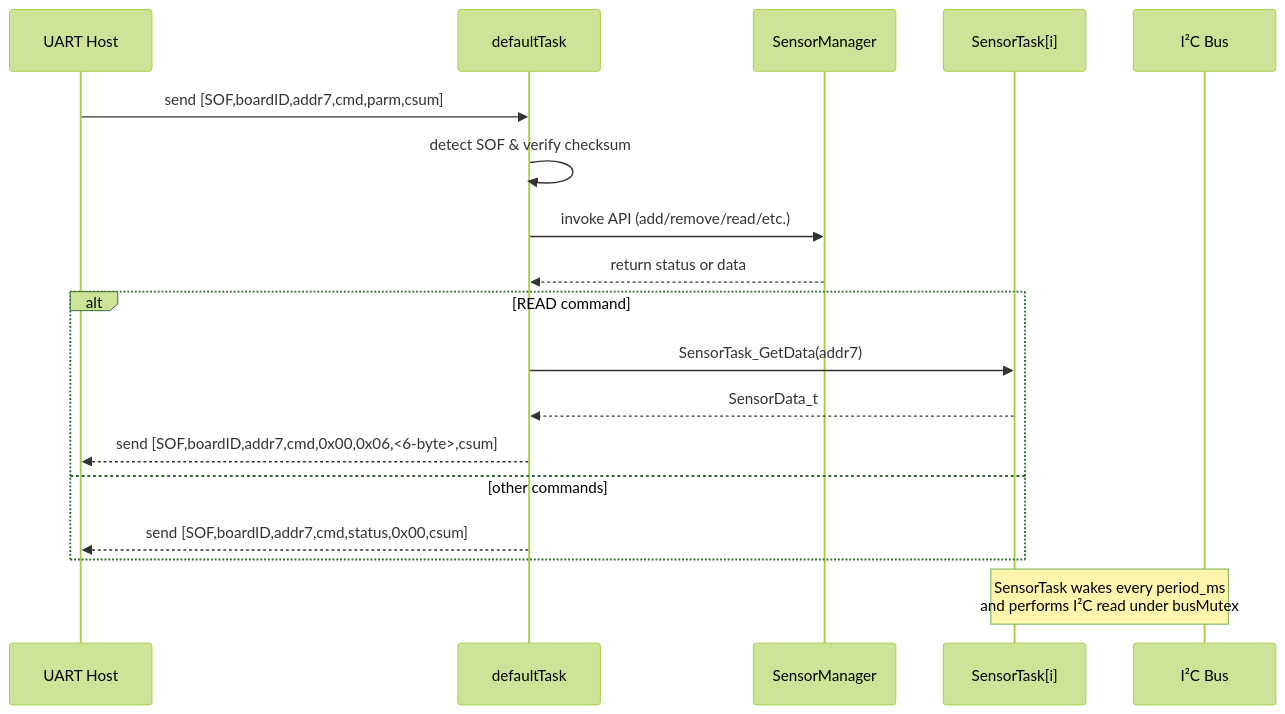
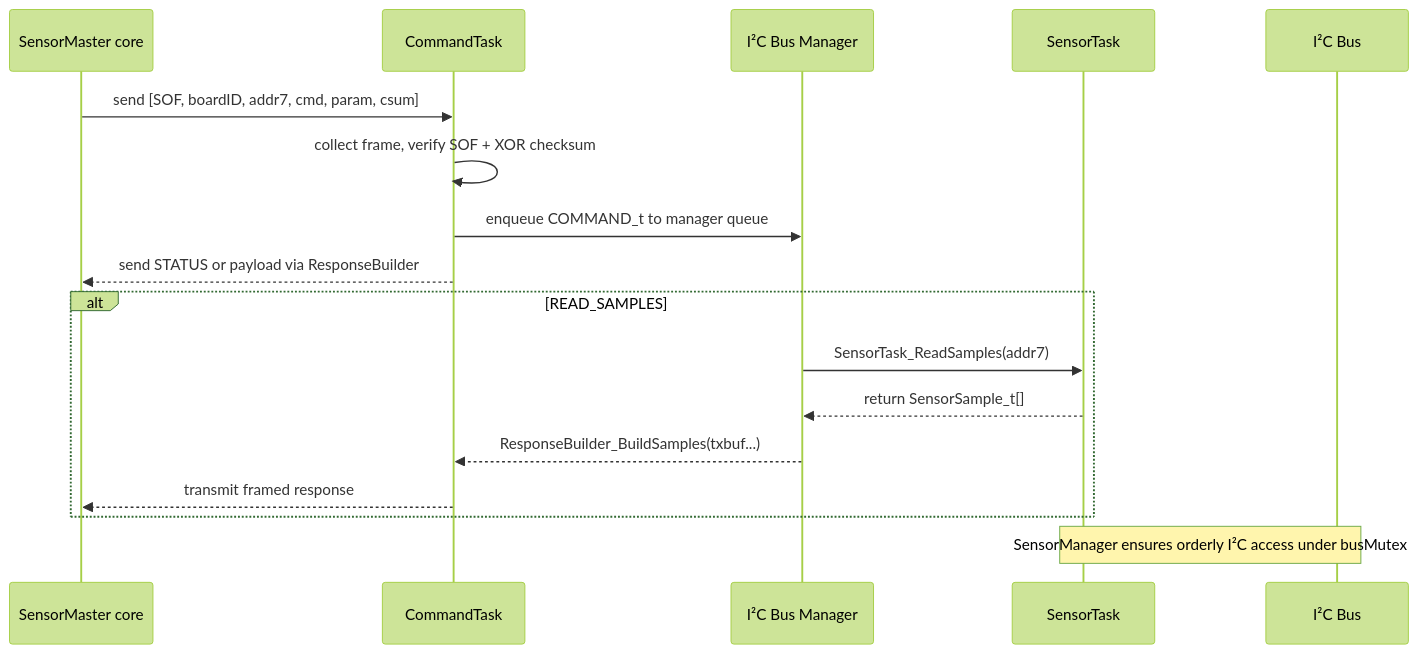
The second of 2 diagrams in docs/architecture.md (brahimab8/stm32-freertos-modbus-ina219), drawn with Mermaid (forest theme) before and after one commit. The commit also changed other lines of this file and 1 other file, not shown here.

Commit message:
docs: add protocol.md file and update architecture.md

````diff
--- a/docs/architecture.md
+++ b/docs/architecture.md
@@ -47,23 +56,22 @@
 ```mermaid
 sequenceDiagram
-    participant H as UART Host
-    participant DT as defaultTask
-    participant SM as SensorManager
-    participant ST as SensorTask[i]
+    participant Host as SensorMaster core
+    participant CT as CommandTask
+    participant SM as I²C Bus Manager
+    participant ST as SensorTask
     participant I2C as I²C Bus
 
-    H->>DT: send [SOF,boardID,addr7,cmd,parm,csum]
-    DT->>DT: detect SOF & verify checksum
-    DT->>SM: invoke API (add/remove/read/etc.)
-    SM-->>DT: return status or data
+    Host->>CT: send [SOF, boardID, addr7, cmd, param, csum]
+    CT->>CT: collect frame, verify SOF + XOR checksum
+    CT->>SM: enqueue COMMAND_t to manager queue
+    CT-->>Host: send STATUS or payload via ResponseBuilder
 
-    alt READ command
-      DT->>ST: SensorTask_GetData(addr7)
-      ST-->>DT: SensorData_t
-      DT-->>H: send [SOF,boardID,addr7,cmd,0x00,0x06,<6-byte>,csum]
-    else other commands
-      DT-->>H: send [SOF,boardID,addr7,cmd,status,0x00,csum]
+    alt READ_SAMPLES
+      SM->>ST: SensorTask_ReadSamples(addr7)
+      ST-->>SM: return SensorSample_t[]
+      SM-->>CT: ResponseBuilder_BuildSamples(txbuf...)
+      CT-->>Host: transmit framed response
     end
 
-    Note over ST,I2C: SensorTask wakes every period_ms<br>and performs I²C read under busMutex
+    Note over ST,I2C: SensorManager ensures orderly I²C access under busMutex
 ```
````
